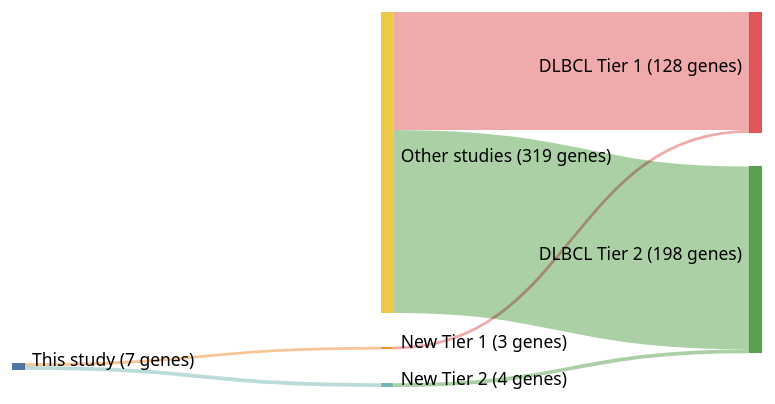
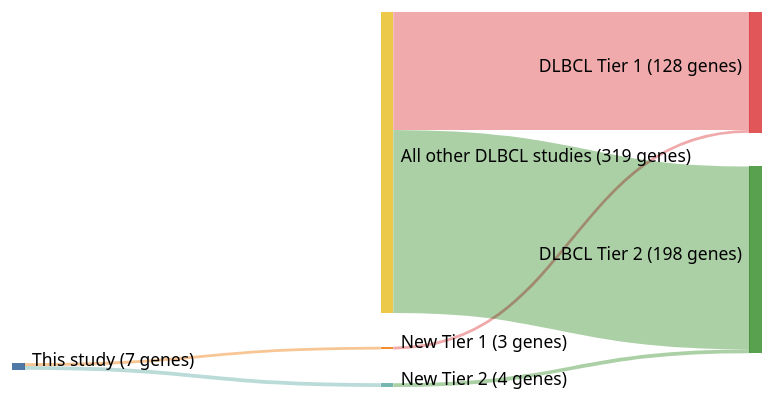
One commit to morinlab/lymphopedia changed the diagram in papers/pasqualucciAnalysisCodingGenome2011.md. Above: the diagram before and after it, drawn with Mermaid (neutral theme). The commit also changed 82 other files, not shown here.

````diff
--- a/papers/pasqualucciAnalysisCodingGenome2011.md
+++ b/papers/pasqualucciAnalysisCodingGenome2011.md
@@ -12,20 +12,20 @@
 ```mermaid
 ---
 config:
     sankey:
         showValues: true
         linkColor: target
         width: 600
         height: 300
         nodeAlignment: right
         prefix: '('
         suffix: ' genes)'
 ---
 sankey-beta
 This study, New Tier 1, 3
 New Tier 1, DLBCL Tier 1, 3
 This study, New Tier 2, 4
 New Tier 2, DLBCL Tier 2, 4
-Other studies, DLBCL Tier 1, 125
-Other studies, DLBCL Tier 2, 194
+All other DLBCL studies, DLBCL Tier 1, 125
+All other DLBCL studies, DLBCL Tier 2, 194
 ```
````
